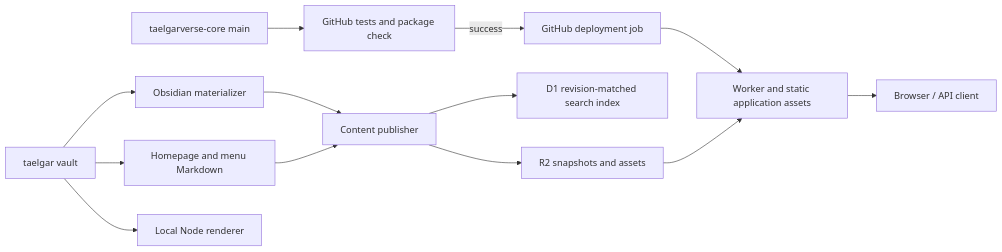
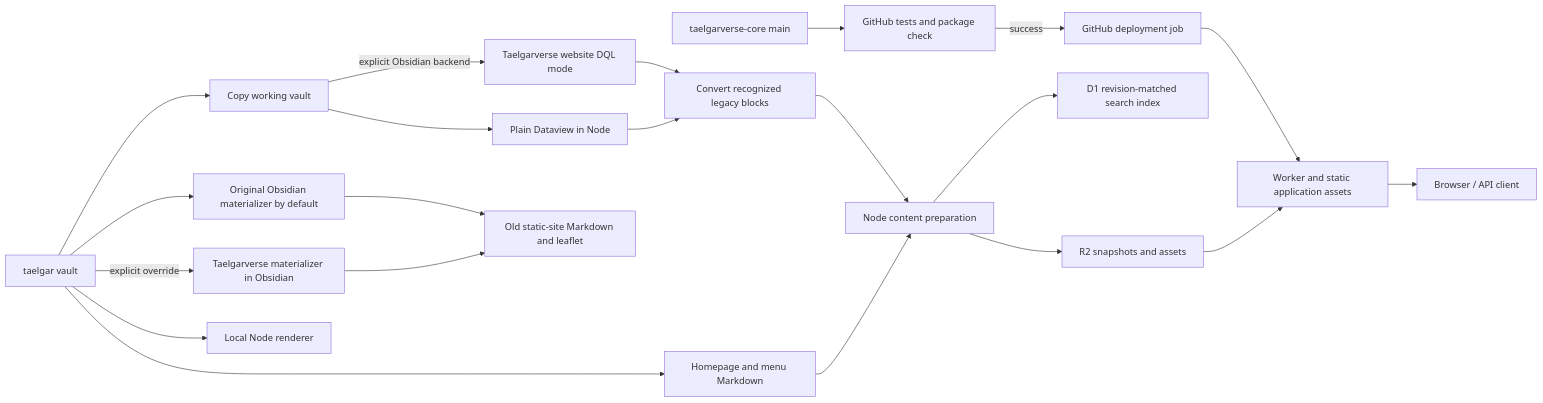
One commit to msackton/taelgarverse-core changed the diagram in docs/architecture.md. Above: the diagram before and after it, drawn with Mermaid. The commit also changed other lines of this file and 47 other files, not shown here.

Commit message:
Separate static and website materialization pipelines

````diff
--- a/docs/architecture.md
+++ b/docs/architecture.md
@@ -27,15 +28,23 @@
 ```mermaid
 flowchart LR
-    V[taelgar vault] --> O[Obsidian materializer]
-    O --> P[Content publisher]
+    V[taelgar vault] --> F[Copy working vault]
+    F --> Q[Plain Dataview in Node]
+    F -->|explicit Obsidian backend| WQ[Taelgarverse website DQL mode]
+    WQ --> X[Convert recognized legacy blocks]
+    Q --> X[Convert recognized legacy blocks]
+    X --> P[Node content preparation]
+    V --> L[Original Obsidian materializer by default]
+    L --> M[Old static-site Markdown and leaflet]
+    V -->|explicit override| O[Taelgarverse materializer in Obsidian]
+    O --> M[Old static-site Markdown and leaflet]
     V --> S[Homepage and menu Markdown]
     S --> P
     P --> R[R2 snapshots and assets]
     P --> D[D1 revision-matched search index]
     C[taelgarverse-core main] --> T[GitHub tests and package check]
     T -->|success| B[GitHub deployment job]
     B --> W[Worker and static application assets]
     R --> W
     W --> U[Browser / API client]
     V --> N[Local Node renderer]
 ```
````
